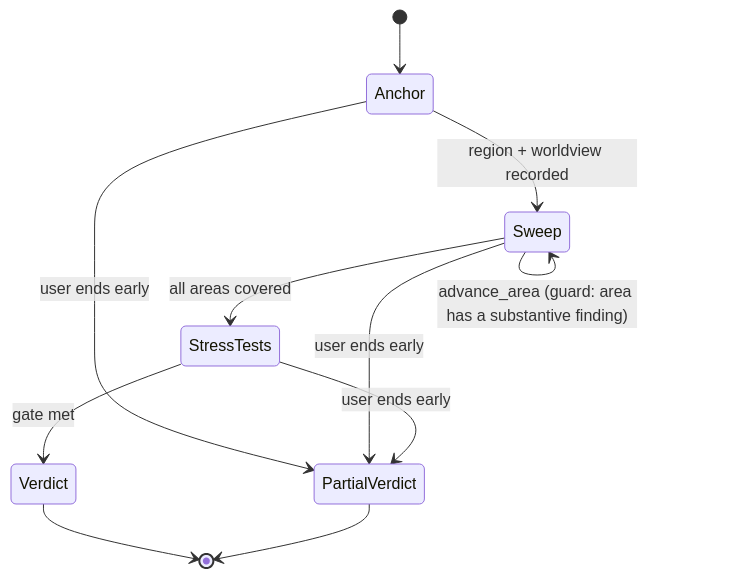
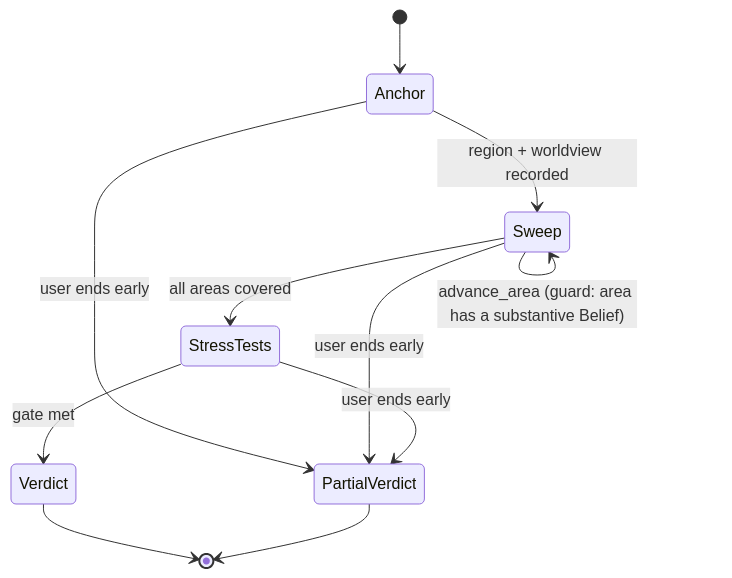
Before and after one commit to slovakian/polytic: the fourth of 4 diagrams in docs/architecture.md, drawn with Mermaid. The commit also changed other lines of this file and 6 other files, not shown here.

````diff
--- a/docs/architecture.md
+++ b/docs/architecture.md
@@ -94,13 +94,13 @@
 ```mermaid
 stateDiagram-v2
     [*] --> Anchor
     Anchor --> Sweep: region + worldview recorded
-    Sweep --> Sweep: advance_area (guard: area has a substantive finding)
+    Sweep --> Sweep: advance_area (guard: area has a substantive Belief)
     Sweep --> StressTests: all areas covered
     StressTests --> Verdict: gate met
     Anchor --> PartialVerdict: user ends early
     Sweep --> PartialVerdict: user ends early
     StressTests --> PartialVerdict: user ends early
     Verdict --> [*]
     PartialVerdict --> [*]
 ```
````
